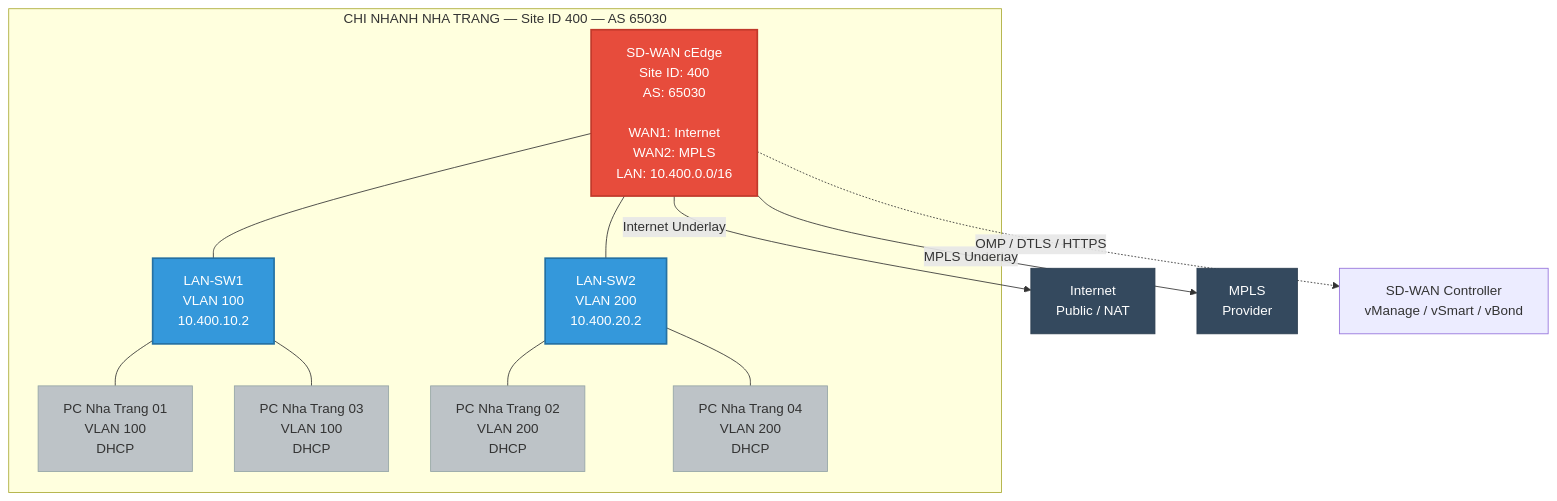
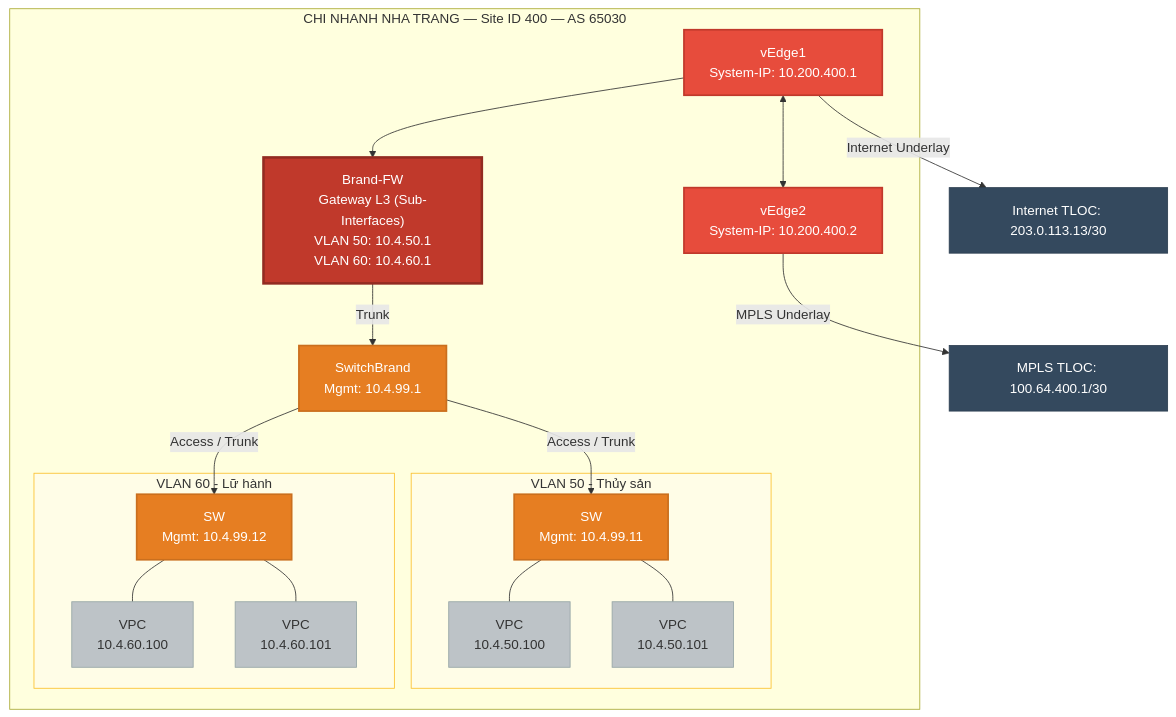
Before and after one commit to nhanhuutran007/Campus_Network_SDN_SD-WAN: the sixth of 6 diagrams in campus_network_sdn_sdwan.md, drawn with Mermaid. The commit also changed other lines of this file and 5 other files, not shown here.

````diff
--- a/campus_network_sdn_sdwan.md
+++ b/campus_network_sdn_sdwan.md
@@ -670,32 +539,50 @@
 ```mermaid
 graph TB
     subgraph NT_SITE["CHI NHANH NHA TRANG — Site ID 400 — AS 65030"]
-        CEDGE400["SD-WAN cEdge<br/>Site ID: 400<br/>AS: 65030<br/><br/>WAN1: Internet<br/>WAN2: MPLS<br/>LAN: 10.400.0.0/16"]
-        BR3SW1["LAN-SW1<br/>VLAN 100<br/>10.400.10.2"]
-        BR3SW2["LAN-SW2<br/>VLAN 200<br/>10.400.20.2"]
-        BR3PC1["PC Nha Trang 01<br/>VLAN 100<br/>DHCP"]
-        BR3PC2["PC Nha Trang 02<br/>VLAN 200<br/>DHCP"]
-        BR3PC3["PC Nha Trang 03<br/>VLAN 100<br/>DHCP"]
-        BR3PC4["PC Nha Trang 04<br/>VLAN 200<br/>DHCP"]
-        CEDGE400 --- BR3SW1
-        CEDGE400 --- BR3SW2
-        BR3SW1 --- BR3PC1
-        BR3SW1 --- BR3PC3
-        BR3SW2 --- BR3PC2
-        BR3SW2 --- BR3PC4
+        CEDGE400_1["vEdge1<br/>System-IP: 10.200.400.1"]
+        CEDGE400_2["vEdge2<br/>System-IP: 10.200.400.2"]
+
+        FW_NT["Brand-FW<br/>Gateway L3 (Sub-Interfaces)<br/>VLAN 50: 10.4.50.1<br/>VLAN 60: 10.4.60.1"]
+
+        SW_B_NT["SwitchBrand<br/>Mgmt: 10.4.99.1"]
+        
+        subgraph NT_VLAN50["VLAN 50 - Thủy sản"]
+            SW_A_NT["SW<br/>Mgmt: 10.4.99.11"]
+            VPC1["VPC<br/>10.4.50.100"]
+            VPC2["VPC<br/>10.4.50.101"]
+        end
+
+        subgraph NT_VLAN60["VLAN 60 - Lữ hành"]
+            SW_B2_NT["SW<br/>Mgmt: 10.4.99.12"]
+            VPC3["VPC<br/>10.4.60.100"]
+            VPC4["VPC<br/>10.4.60.101"]
+        end
+
+        CEDGE400_1 <--> CEDGE400_2
+        CEDGE400_1 --> FW_NT
+        FW_NT -->|"Trunk"| SW_B_NT
+        SW_B_NT -->|"Access / Trunk"| SW_A_NT
+        SW_B_NT -->|"Access / Trunk"| SW_B2_NT
+        SW_A_NT --- VPC1
+        SW_A_NT --- VPC2
+        SW_B2_NT --- VPC3
+        SW_B2_NT --- VPC4
     end
 
-    CEDGE400 -->|"Internet Underlay"| WAN_NT["Internet<br/>Public / NAT"]
-    CEDGE400 -->|"MPLS Underlay"| MPLS_NT["MPLS<br/>Provider"]
-    CEDGE400 -.->|"OMP / DTLS / HTTPS"| SDWAN_CTRL3["SD-WAN Controller<br/>vManage / vSmart / vBond"]
+    CEDGE400_1 -->|"Internet Underlay"| WAN_NT["Internet TLOC: 203.0.113.13/30"]
+    CEDGE400_2 -->|"MPLS Underlay"| MPLS_NT["MPLS TLOC: 100.64.400.1/30"]
 
     classDef edge fill:#E74C3C,stroke:#C0392B,color:#fff,stroke-width:2px
-    classDef sw fill:#3498DB,stroke:#2471A3,color:#fff,stroke-width:2px
+    classDef fw fill:#C0392B,stroke:#922B21,color:#fff,stroke-width:3px
+    classDef acc fill:#E67E22,stroke:#CA6F1E,color:#fff,stroke-width:2px
     classDef pc fill:#BDC3C7,stroke:#95A5A6,color:#333
     classDef wan fill:#34495E,stroke:#2C3E50,color:#fff
+    classDef vlangroup fill:#fffde7,stroke:#fbc02d,color:#333
 
-    class CEDGE400 edge
-    class BR3SW1,BR3SW2 sw
-    class BR3PC1,BR3PC2,BR3PC3,BR3PC4 pc
+    class CEDGE400_1,CEDGE400_2 edge
+    class FW_NT fw
+    class SW_B_NT,SW_A_NT,SW_B2_NT acc
+    class VPC1,VPC2,VPC3,VPC4 pc
     class WAN_NT,MPLS_NT wan
+    class NT_VLAN50,NT_VLAN60 vlangroup
 ```
````
